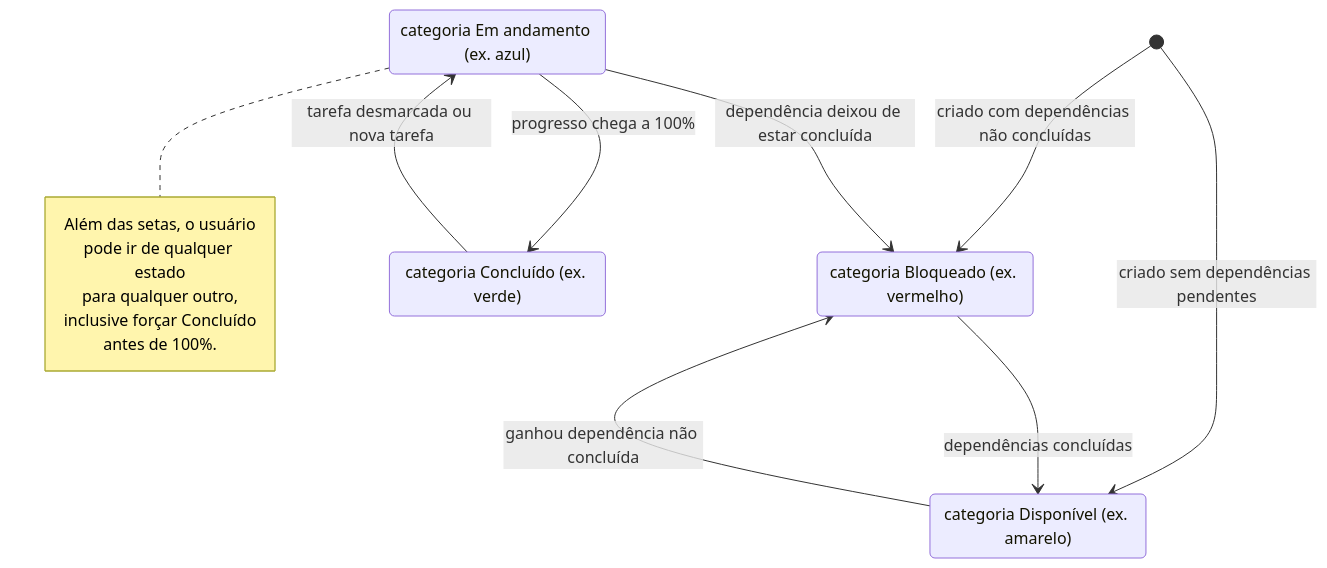
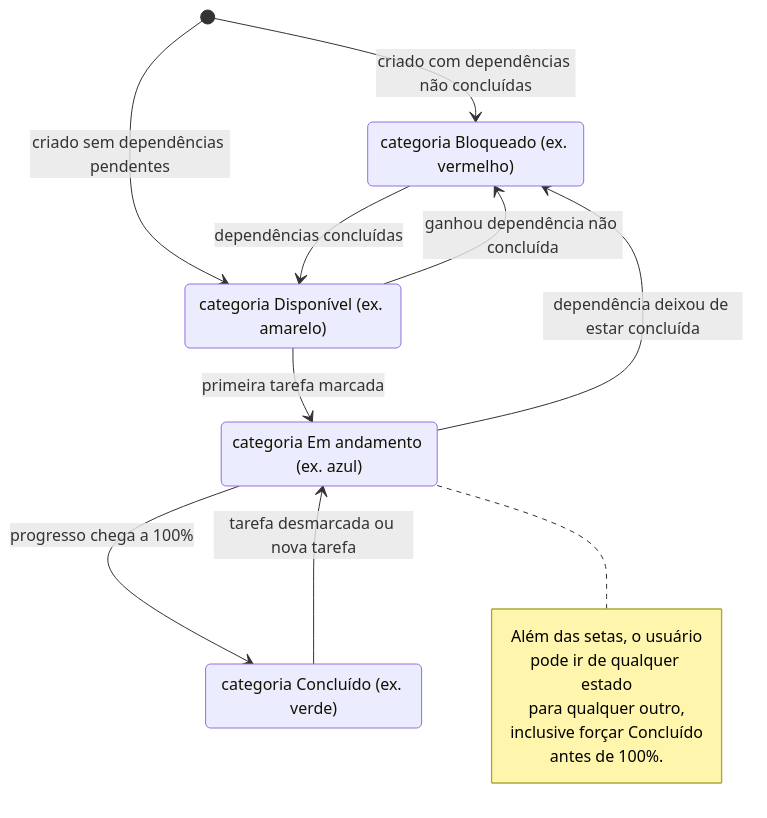
The seventh of 13 diagrams in docs/modelagem.md (luanfrombrazil/secondbrain), drawn with Mermaid before and after one commit. The commit also changed other lines of this file and 7 other files, not shown here.

````diff
--- a/docs/modelagem.md
+++ b/docs/modelagem.md
@@ -704,24 +715,25 @@
 ```mermaid
 stateDiagram-v2
     [*] --> Bloqueado : criado com dependências não concluídas
     [*] --> Disponivel : criado sem dependências pendentes
 
     Bloqueado --> Disponivel : dependências concluídas
     Disponivel --> Bloqueado : ganhou dependência não concluída
     EmAndamento --> Bloqueado : dependência deixou de estar concluída
+    Disponivel --> EmAndamento : primeira tarefa marcada
     EmAndamento --> Concluido : progresso chega a 100%
     Concluido --> EmAndamento : tarefa desmarcada ou nova tarefa
 
     Disponivel : categoria Disponível (ex. amarelo)
     Bloqueado : categoria Bloqueado (ex. vermelho)
     EmAndamento : categoria Em andamento (ex. azul)
     Concluido : categoria Concluído (ex. verde)
 
     note right of EmAndamento
         Além das setas, o usuário
         pode ir de qualquer estado
         para qualquer outro,
         inclusive forçar Concluído
         antes de 100%.
     end note
 ```
````
